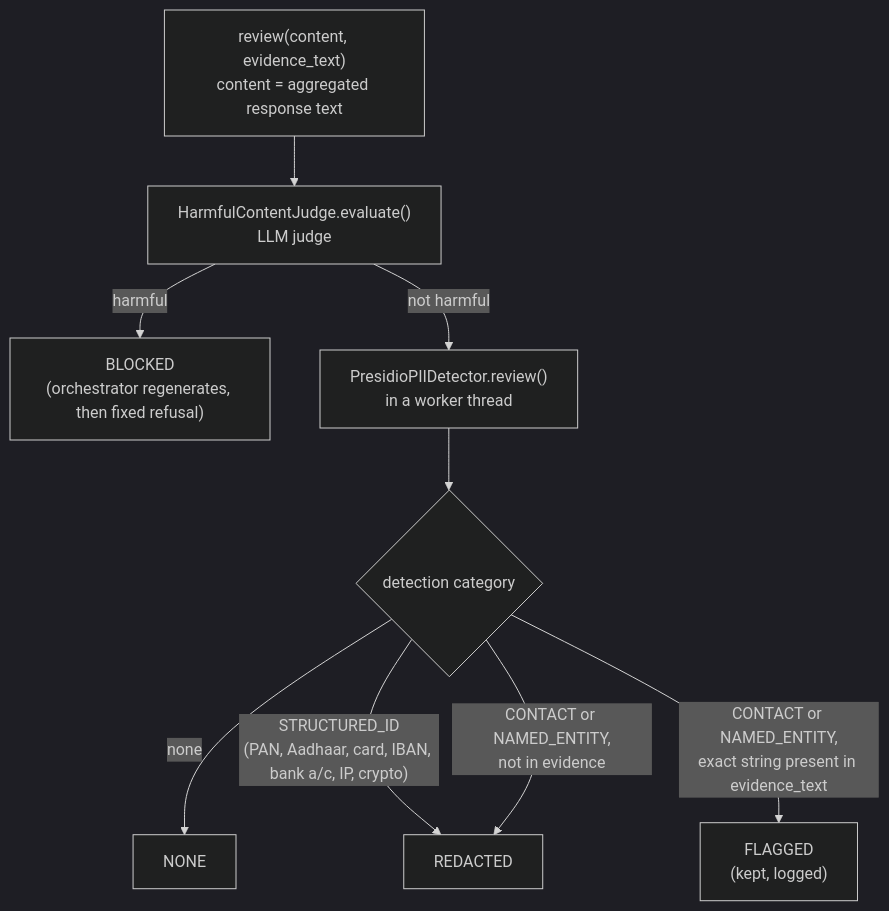
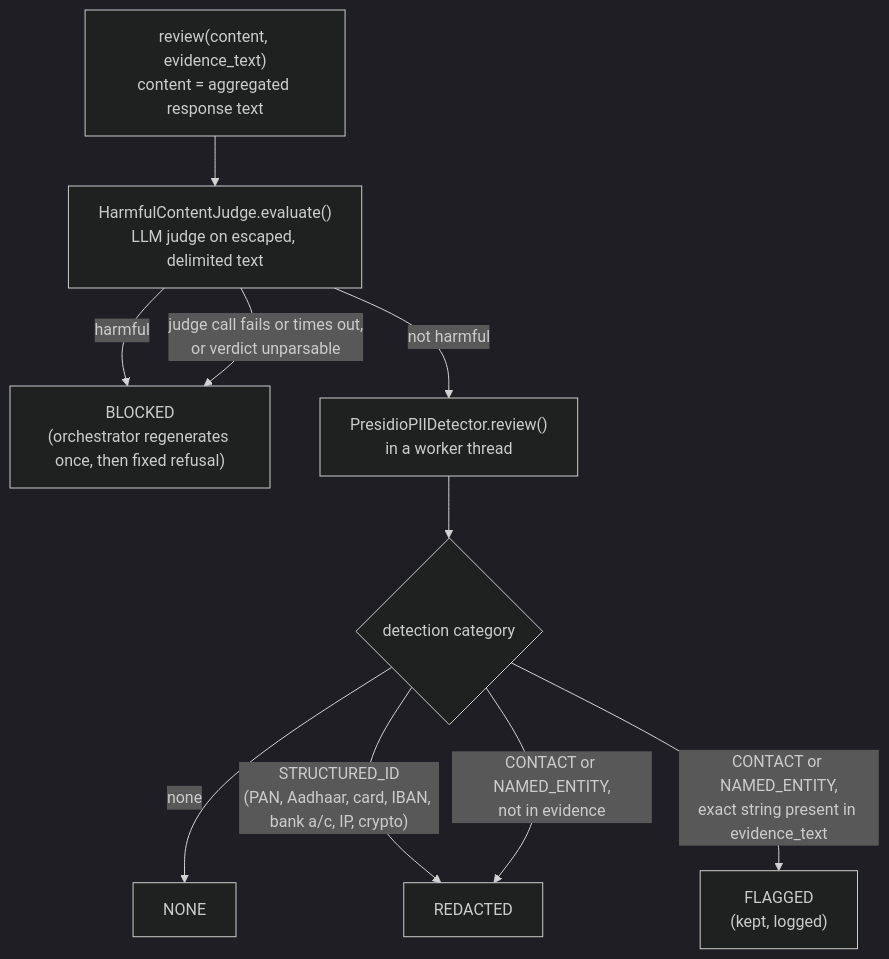
One commit to bharatkse/juris-ai changed the diagram in server/src/agentic/guardrails/README.md. Above: the diagram before and after it, drawn with Mermaid (dark theme). The commit also changed other lines of this file and 33 other files, not shown here.

````diff
--- a/server/src/agentic/guardrails/README.md
+++ b/server/src/agentic/guardrails/README.md
@@ -24,11 +24,12 @@
 ```mermaid
 flowchart TD
-    IN["review(content, evidence_text)<br/>content = aggregated response text"] --> H["HarmfulContentJudge.evaluate()<br/>LLM judge"]
-    H -->|harmful| B["BLOCKED<br/>(orchestrator regenerates, then fixed refusal)"]
+    IN["review(content, evidence_text)<br/>content = aggregated response text"] --> H["HarmfulContentJudge.evaluate()<br/>LLM judge on escaped, delimited text"]
+    H -->|harmful| B["BLOCKED<br/>(orchestrator regenerates once, then fixed refusal)"]
+    H -->|"judge call fails or times out,<br/>or verdict unparsable"| B
     H -->|not harmful| P["PresidioPIIDetector.review()<br/>in a worker thread"]
     P --> M{"detection category"}
     M -->|none| N[NONE]
     M -->|"STRUCTURED_ID<br/>(PAN, Aadhaar, card, IBAN, bank a/c, IP, crypto)"| RD["REDACTED"]
     M -->|"CONTACT or NAMED_ENTITY,<br/>exact string present in evidence_text"| FL["FLAGGED<br/>(kept, logged)"]
     M -->|"CONTACT or NAMED_ENTITY,<br/>not in evidence"| RD
 ```
````
